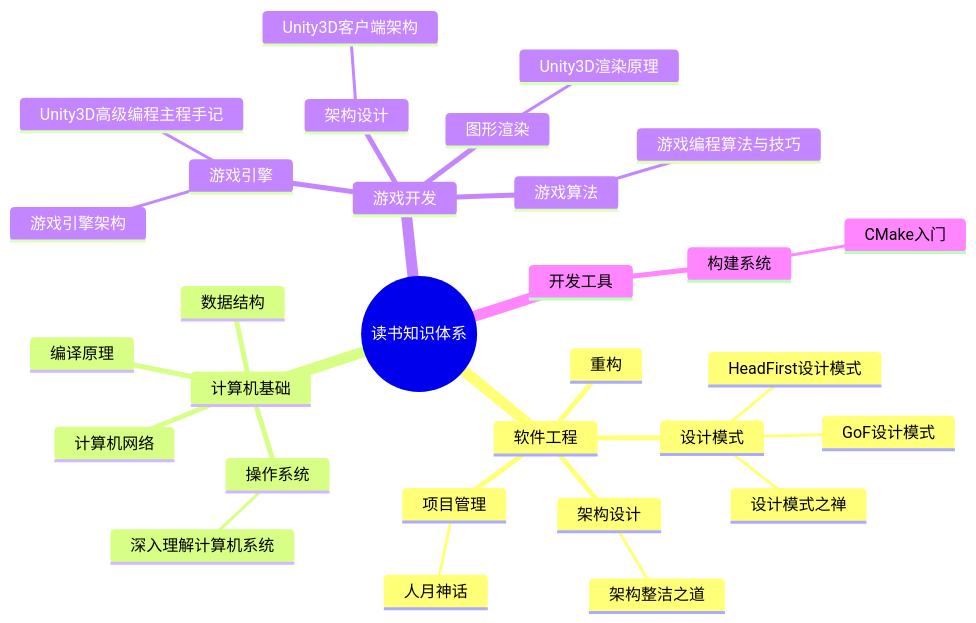
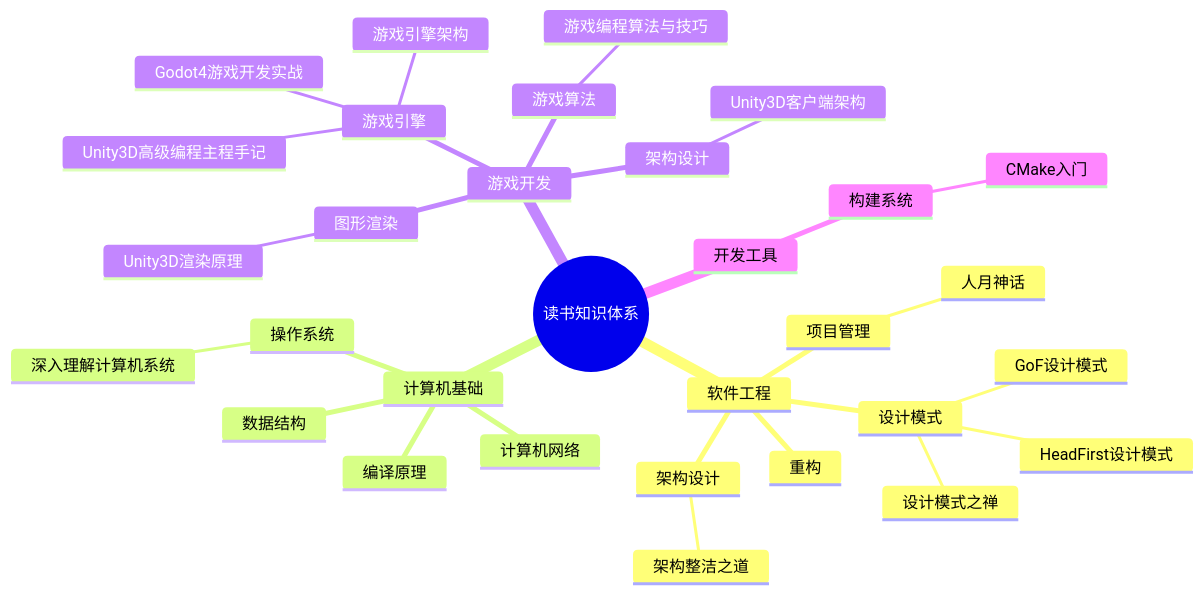
One commit to hongyesuifeng/readbooks changed the first of 2 diagrams in books/知识关联图谱.md. Above: the diagram before and after it, drawn with Mermaid. The commit also changed other lines of this file and 3 other files, not shown here.

````diff
--- a/books/知识关联图谱.md
+++ b/books/知识关联图谱.md
@@ -9,33 +9,34 @@
 ```mermaid
 mindmap
   root((读书知识体系))
     软件工程
       设计模式
         GoF设计模式
         HeadFirst设计模式
         设计模式之禅
       重构
       架构设计
         架构整洁之道
       项目管理
         人月神话
     计算机基础
       编译原理
       操作系统
         深入理解计算机系统
       计算机网络
       数据结构
     游戏开发
       游戏引擎
         游戏引擎架构
         Unity3D高级编程主程手记
+        Godot4游戏开发实战
       游戏算法
         游戏编程算法与技巧
       图形渲染
         Unity3D渲染原理
       架构设计
         Unity3D客户端架构
     开发工具
       构建系统
         CMake入门
 ```
````
